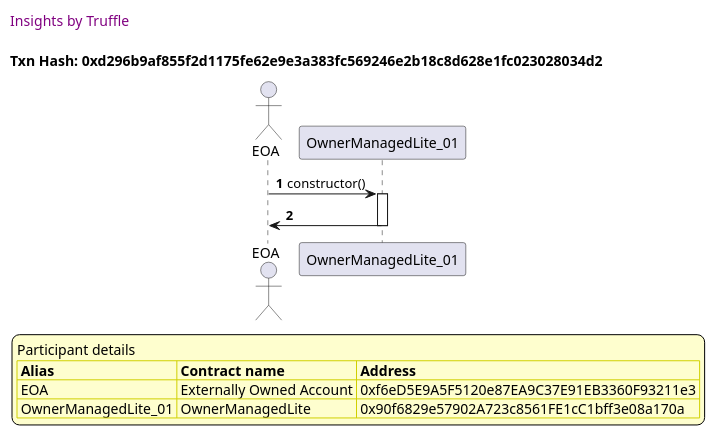
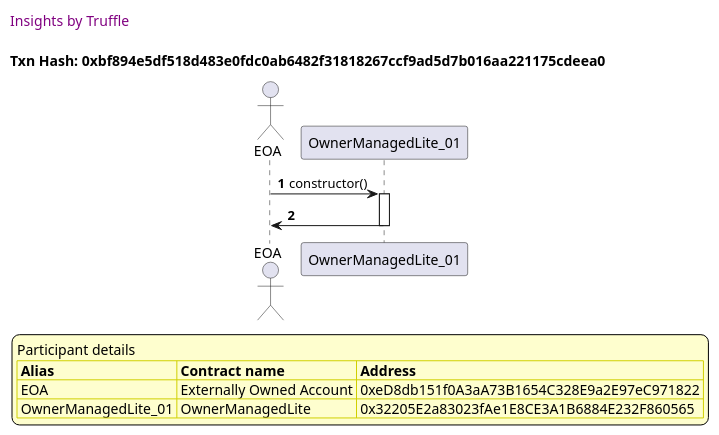
One commit to thedarkjester/ConsensysAssignment changed the fourth of 15 diagrams in truffle-seq/OwnerManagedLite_test_agree_to_state_change.md. Above: the diagram before and after it, drawn with PlantUML. The commit also changed other lines of this file and 13 other files, not shown here.

````diff
--- a/truffle-seq/OwnerManagedLite_test_agree_to_state_change.md
+++ b/truffle-seq/OwnerManagedLite_test_agree_to_state_change.md
@@ -154,37 +154,37 @@
 ```plantuml
 
 
 @startuml
 
 autonumber
 skinparam legendBackgroundColor #FEFECE
 
 <style>
       header {
         HorizontalAlignment left
         FontColor purple
         FontSize 14
         Padding 10
       }
     </style>
 
 header Insights by Truffle
 
-title Txn Hash: 0xd296b9af855f2d1175fe62e9e3a383fc569246e2b18c8d628e1fc023028034d2
+title Txn Hash: 0xbf894e5df518d483e0fdc0ab6482f31818267ccf9ad5d7b016aa221175cdeea0
 
 
 actor EOA as "EOA"
 participant OwnerManagedLite_01 as "OwnerManagedLite_01"
 
 "EOA" -> "OwnerManagedLite_01" ++: constructor()
 "OwnerManagedLite_01" -> "EOA" --: 
 
 legend
 Participant details
 <#FEFECE,#D0D000>|= Alias |= Contract name |= Address |
-<#FEFECE>| EOA | Externally Owned Account | 0xf6eD5E9A5F5120e87EA9C37E91EB3360F93211e3 |
-<#FEFECE>| OwnerManagedLite_01 | OwnerManagedLite | 0x90f6829e57902A723c8561FE1cC1bff3e08a170a |
+<#FEFECE>| EOA | Externally Owned Account | 0xeD8db151f0A3aA73B1654C328E9a2E97eC971822 |
+<#FEFECE>| OwnerManagedLite_01 | OwnerManagedLite | 0x32205E2a83023fAe1E8CE3A1B6884E232F860565 |
 endlegend
 
 @enduml
 ```
````
